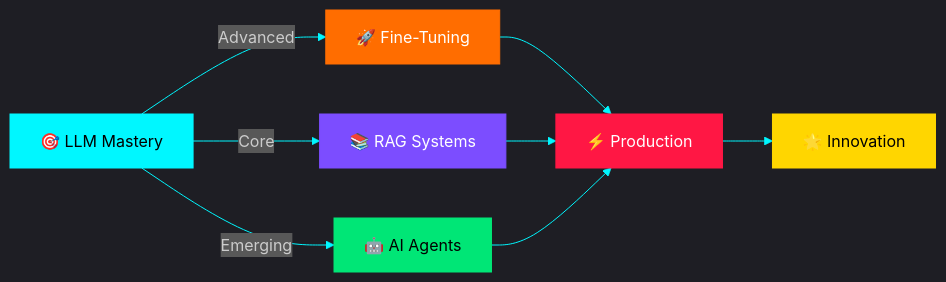
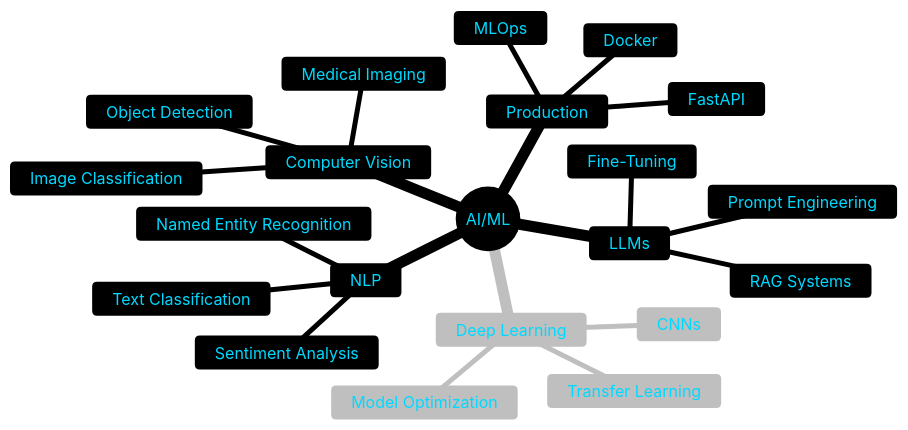
The diagram in README.md (rohitaimlpro/rohitaimlpro), drawn with Mermaid before and after one commit. The commit also changed other lines of this file, not shown here.

````diff
--- a/README.md
+++ b/README.md
@@ -273,20 +229,25 @@
 ```mermaid
-%%{init: {'theme':'dark', 'themeVariables': { 'primaryColor':'#00F7FF','primaryTextColor':'#fff','primaryBorderColor':'#00F7FF','lineColor':'#00F7FF','secondaryColor':'#1a1b27','tertiaryColor':'#0D1117'}}}%%
-graph LR
-    A[🎯 LLM Mastery] -->|Advanced| B[🚀 Fine-Tuning]
-    A -->|Core| C[📚 RAG Systems]
-    A -->|Emerging| D[🤖 AI Agents]
-    
-    B --> E[⚡ Production]
-    C --> E
-    D --> E
-    
-    E --> F[🌟 Innovation]
-    
-    style A fill:#00F7FF,stroke:#00F7FF,color:#000
-    style B fill:#FF6D00,stroke:#FF6D00,color:#fff
-    style C fill:#7C4DFF,stroke:#7C4DFF,color:#fff
-    style D fill:#00E676,stroke:#00E676,color:#000
-    style E fill:#FF1744,stroke:#FF1744,color:#fff
-    style F fill:#FFD600,stroke:#FFD600,color:#000
+%%{init: {'theme':'base', 'themeVariables': { 'primaryColor':'#0D1117','primaryTextColor':'#00D9FF','primaryBorderColor':'#00D9FF','lineColor':'#00D9FF','secondaryColor':'#1a1b27','tertiaryColor':'#ffffff'}}}%%
+mindmap
+  root((AI/ML))
+    LLMs
+      Fine-Tuning
+      Prompt Engineering
+      RAG Systems
+    Deep Learning
+      CNNs
+      Transfer Learning
+      Model Optimization
+    NLP
+      Sentiment Analysis
+      Text Classification
+      Named Entity Recognition
+    Computer Vision
+      Image Classification
+      Object Detection
+      Medical Imaging
+    Production
+      FastAPI
+      Docker
+      MLOps
 ```
````
